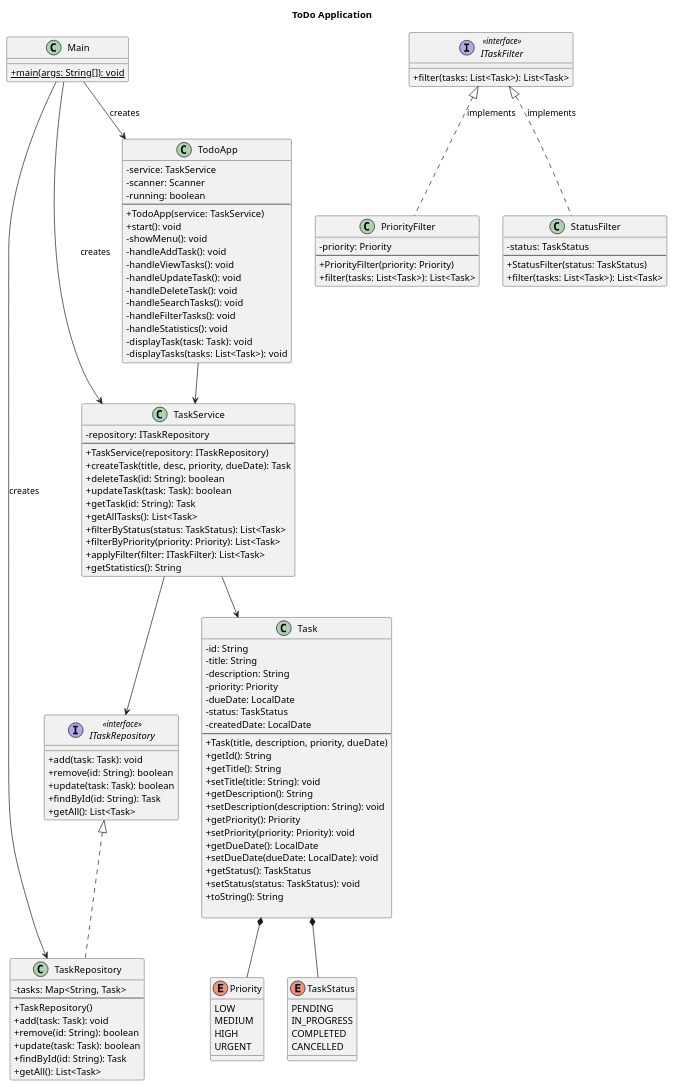
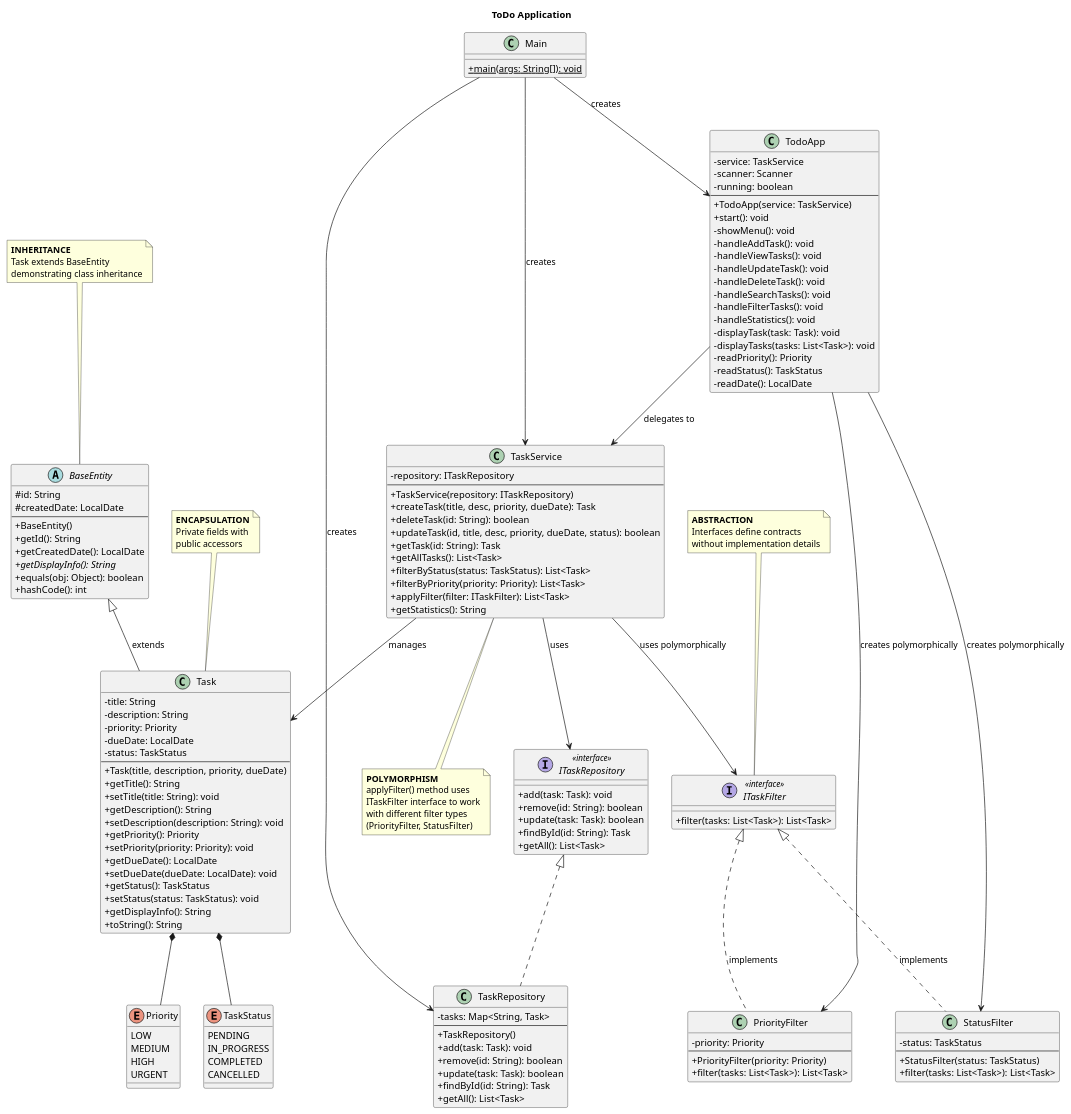
The diagram in todo_app.puml (viterUA/OOAD-Group-Project-CA2), drawn with PlantUML before and after one commit. The commit also changed 5 other files, not shown here.

Commit message:
Implment "Search, Filter, Statistics" functionality in ToDoApp class #14

```diff
--- a/todo_app.puml
+++ b/todo_app.puml
@@ -1,145 +1,168 @@
 @startuml ToDo_Application_Architecture
 skinparam classAttributeIconSize 0
 
 title ToDo Application
 
 
 enum Priority {
   LOW
   MEDIUM
   HIGH
   URGENT
 }
 
 enum TaskStatus {
   PENDING
   IN_PROGRESS
   COMPLETED
   CANCELLED
 }
 
+abstract class BaseEntity {
+  # id: String
+  # createdDate: LocalDate
+  --
+  + BaseEntity()
+  + getId(): String
+  + getCreatedDate(): LocalDate
+  + {abstract} getDisplayInfo(): String
+  + equals(obj: Object): boolean
+  + hashCode(): int
+}
+
 class Task {
-  - id: String
   - title: String
   - description: String
   - priority: Priority
   - dueDate: LocalDate
   - status: TaskStatus
-  - createdDate: LocalDate
   --
   + Task(title, description, priority, dueDate)
-  + getId(): String
   + getTitle(): String
   + setTitle(title: String): void
   + getDescription(): String
   + setDescription(description: String): void
   + getPriority(): Priority
   + setPriority(priority: Priority): void
   + getDueDate(): LocalDate
   + setDueDate(dueDate: LocalDate): void
   + getStatus(): TaskStatus
   + setStatus(status: TaskStatus): void
+  + getDisplayInfo(): String
   + toString(): String
-  
 }
 
+BaseEntity <|-- Task : extends
 Task *-- Priority
 Task *-- TaskStatus
 
 
 interface ITaskRepository <<interface>> {
   + add(task: Task): void
   + remove(id: String): boolean
   + update(task: Task): boolean
   + findById(id: String): Task
   + getAll(): List<Task>
 }
 
 class TaskRepository {
   - tasks: Map<String, Task>
   --
   + TaskRepository()
   + add(task: Task): void
   + remove(id: String): boolean
   + update(task: Task): boolean
   + findById(id: String): Task
   + getAll(): List<Task>
 }
 
 ITaskRepository <|.. TaskRepository
 
 
 
 interface ITaskFilter <<interface>> {
   + filter(tasks: List<Task>): List<Task>
 }
 
 class PriorityFilter {
   - priority: Priority
   --
   + PriorityFilter(priority: Priority)
   + filter(tasks: List<Task>): List<Task>
 }
 
 class StatusFilter {
   - status: TaskStatus
   --
   + StatusFilter(status: TaskStatus)
   + filter(tasks: List<Task>): List<Task>
 }
 
 ITaskFilter <|.. PriorityFilter : implements
 ITaskFilter <|.. StatusFilter : implements
 
 class TaskService {
   - repository: ITaskRepository
   --
   + TaskService(repository: ITaskRepository)
   + createTask(title, desc, priority, dueDate): Task
   + deleteTask(id: String): boolean
-  + updateTask(task: Task): boolean
+  + updateTask(id, title, desc, priority, dueDate, status): boolean
   + getTask(id: String): Task
   + getAllTasks(): List<Task>
   + filterByStatus(status: TaskStatus): List<Task>
   + filterByPriority(priority: Priority): List<Task>
   + applyFilter(filter: ITaskFilter): List<Task>
   + getStatistics(): String
 }
 
-TaskService --> ITaskRepository
-TaskService --> Task
+TaskService --> ITaskRepository : uses
+TaskService --> Task : manages
+TaskService --> ITaskFilter : uses polymorphically
 
 
 
 class TodoApp {
   - service: TaskService
   - scanner: Scanner
   - running: boolean
   --
   + TodoApp(service: TaskService)
   + start(): void
   - showMenu(): void
   - handleAddTask(): void
   - handleViewTasks(): void
   - handleUpdateTask(): void
   - handleDeleteTask(): void
   - handleSearchTasks(): void
   - handleFilterTasks(): void
   - handleStatistics(): void
   - displayTask(task: Task): void
   - displayTasks(tasks: List<Task>): void
+  - readPriority(): Priority
+  - readStatus(): TaskStatus
+  - readDate(): LocalDate
 }
 
-TodoApp --> TaskService
+TodoApp --> TaskService : delegates to
+TodoApp --> PriorityFilter : creates polymorphically
+TodoApp --> StatusFilter : creates polymorphically
 
 
 class Main {
   + {static} main(args: String[]): void
 }
 
 Main --> TaskRepository : creates
 Main --> TaskService : creates
 Main --> TodoApp : creates
 
+note top of BaseEntity : **INHERITANCE**\nTask extends BaseEntity\ndemonstrating class inheritance
+
+note top of ITaskFilter : **ABSTRACTION**\nInterfaces define contracts\nwithout implementation details
+
+note top of Task : **ENCAPSULATION**\nPrivate fields with\npublic accessors
+
+note bottom of TaskService : **POLYMORPHISM**\napplyFilter() method uses\nITaskFilter interface to work\nwith different filter types\n(PriorityFilter, StatusFilter)
 
 @enduml
```
